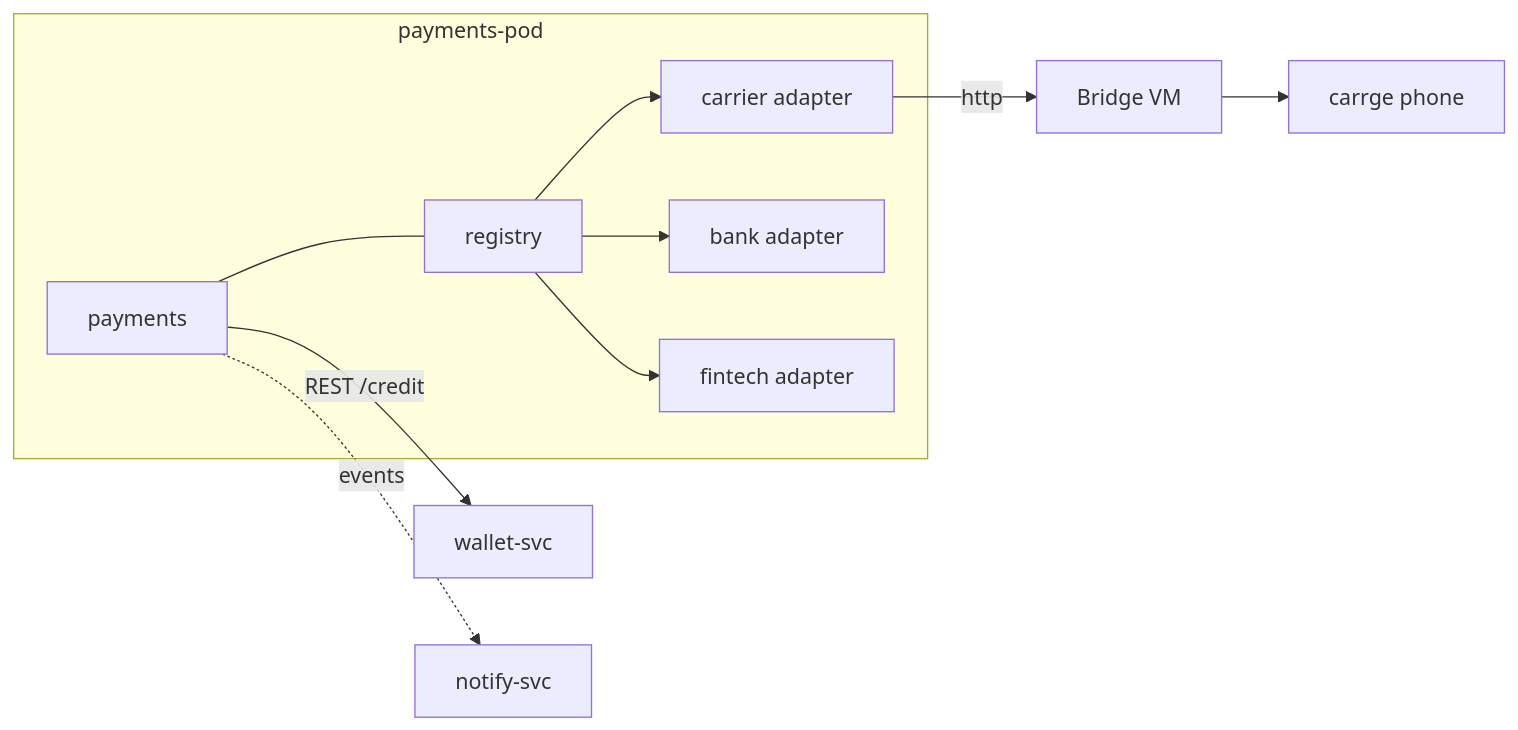
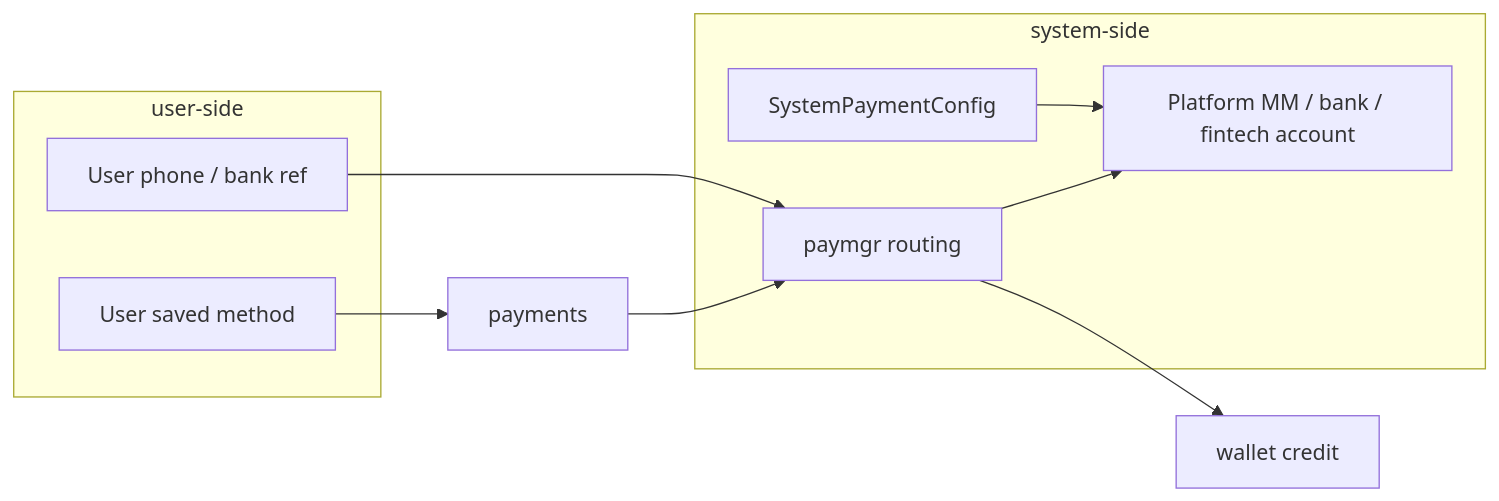
Before and after one commit to Dyl777/cloud_cluster: the diagram in backend/internal/payments/README.md, drawn with Mermaid. The commit also changed other lines of this file and 71 other files, not shown here.

````diff
--- a/backend/internal/payments/README.md
+++ b/backend/internal/payments/README.md
@@ -86,12 +23,18 @@
 ```mermaid
 flowchart LR
-  subgraph payments-pod
-    P[payments] --- R[registry]
-    R --> MM[carrier adapter]
-    R --> BK[bank adapter]
-    R --> FT[fintech adapter]
+  subgraph user-side
+    UM[User saved method]
+    UP[User phone / bank ref]
   end
-  MM -->|http| VM[Bridge VM] --> Phone[carrge phone]
-  P -->|REST /credit| W[wallet-svc]
-  P -. events .-> N[notify-svc]
+  subgraph system-side
+    SC[SystemPaymentConfig]
+    SA[Platform MM / bank / fintech account]
+    PM[paymgr routing]
+  end
+  UM --> P[payments]
+  UP --> PM
+  P --> PM
+  SC --> SA
+  PM --> SA
+  PM --> WAL[wallet credit]
 ```
````
